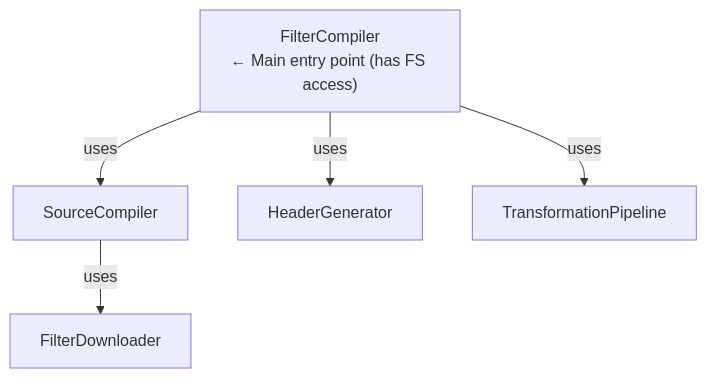
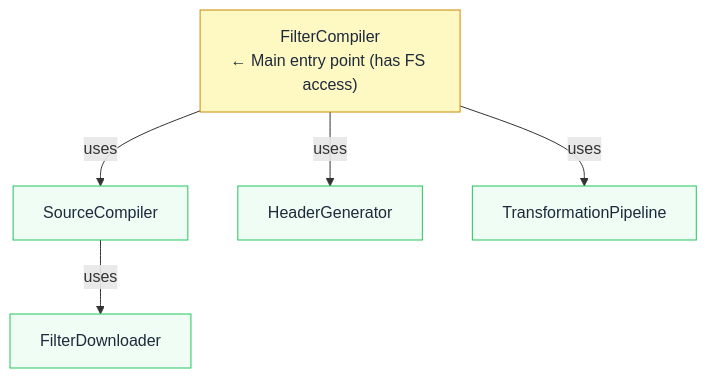
One commit to jaypatrick/adblock-compiler changed the fourth of 19 diagrams in docs/development/ARCHITECTURE.md. Above: the diagram before and after it, drawn with Mermaid. The commit also changed other lines of this file, not shown here.

First line of the commit message:
docs: refresh ARCHITECTURE.md with current architecture, full diagram coverage, and color coding (#1100)

````diff
--- a/docs/development/ARCHITECTURE.md
+++ b/docs/development/ARCHITECTURE.md
@@ -148,8 +198,10 @@
 ```mermaid
 flowchart TD
-    FC["FilterCompiler\n← Main entry point (has FS access)"]
-    FC -->|uses| SC["SourceCompiler"]
-    FC -->|uses| HG["HeaderGenerator"]
-    FC -->|uses| TP["TransformationPipeline"]
-    SC -->|uses| FD["FilterDownloader"]
+    classDef core fill:#fef9c3,stroke:#ca8a04,color:#1e293b
+    classDef module fill:#f0fdf4,stroke:#22c55e,color:#1e293b
+    FC["FilterCompiler\n← Main entry point (has FS access)"]:::core
+    FC -->|uses| SC["SourceCompiler"]:::module
+    FC -->|uses| HG["HeaderGenerator"]:::module
+    FC -->|uses| TP["TransformationPipeline"]:::module
+    SC -->|uses| FD["FilterDownloader"]:::module
 ```
````
